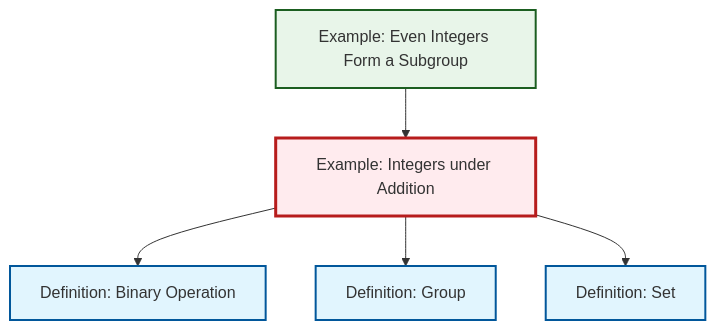
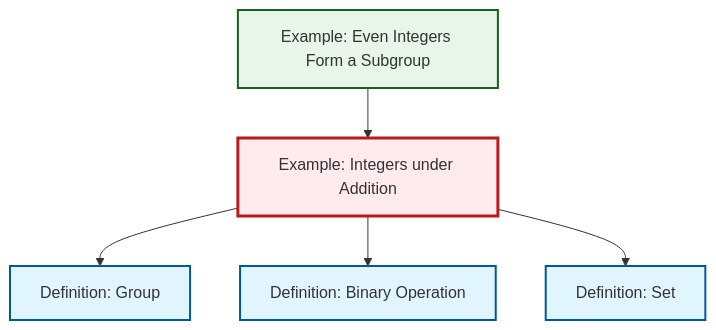
The diagram in output/mermaid/ex-integers-addition.mermaid (RK0429/ModernMath), drawn with Mermaid before and after one commit. The commit also changed other lines of this file and 1117 other files, not shown here.

````diff
--- a/output/mermaid/ex-integers-addition.mermaid
+++ b/output/mermaid/ex-integers-addition.mermaid
@@ -1,19 +1,19 @@
 ```{mermaid}
 %%| fig-cap: "Local dependency graph"
 graph TD
     classDef definition fill:#e1f5fe,stroke:#01579b,stroke-width:2px
     classDef theorem fill:#f3e5f5,stroke:#4a148c,stroke-width:2px
     classDef axiom fill:#fff3e0,stroke:#e65100,stroke-width:2px
     classDef example fill:#e8f5e9,stroke:#1b5e20,stroke-width:2px
     classDef current fill:#ffebee,stroke:#b71c1c,stroke-width:3px
+    ex-integers-addition["Example: Integers under Addition"]:::example
+    ex-even-integers-subgroup["Example: Even Integers Form a Subgroup"]:::example
     def-set["Definition: Set"]:::definition
-    ex-even-integers-subgroup["Example: Even Integers Form a Subgroup"]:::example
+    def-binary-operation["Definition: Binary Operation"]:::definition
     def-group["Definition: Group"]:::definition
-    def-binary-operation["Definition: Binary Operation"]:::definition
-    ex-integers-addition["Example: Integers under Addition"]:::example
+    ex-integers-addition --> def-group
     ex-even-integers-subgroup --> ex-integers-addition
     ex-integers-addition --> def-binary-operation
-    ex-integers-addition --> def-group
     ex-integers-addition --> def-set
     class ex-integers-addition current
 ```
````
